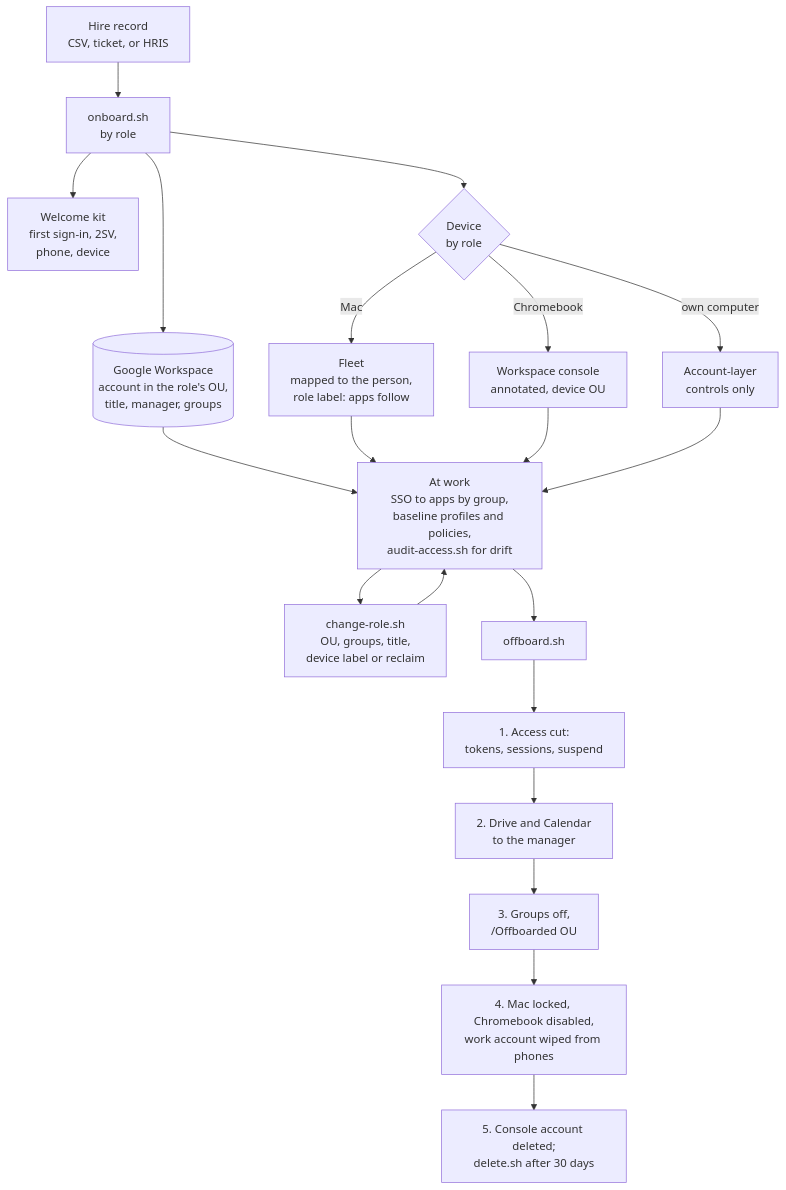
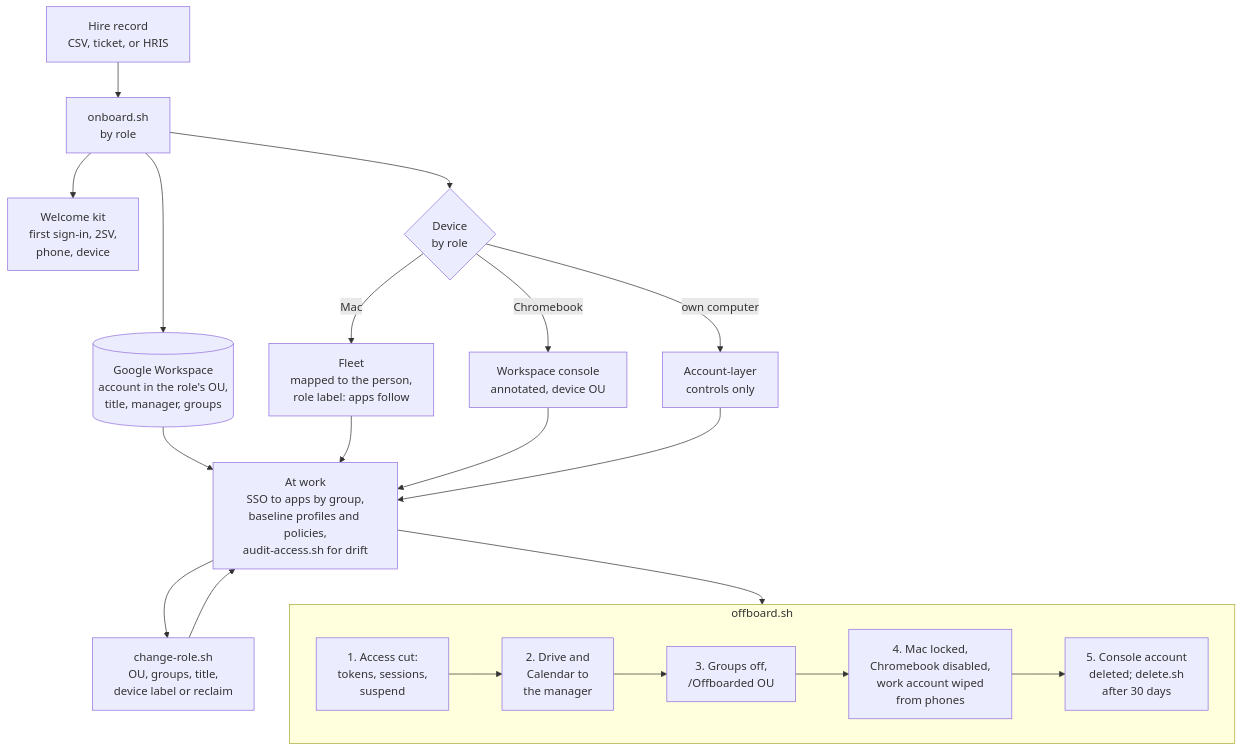
The diagram in README.md (tjcollins321/endpoint-identity-lab), drawn with Mermaid before and after one commit.

Commit message:
README: the offboarding steps in one row of the lifecycle diagram

````diff
--- a/README.md
+++ b/README.md
@@ -25,22 +25,24 @@
 ```mermaid
 flowchart TB
   HR["Hire record<br/>CSV, ticket, or HRIS"] --> ON["onboard.sh<br/>by role"]
   ON --> WS[("Google Workspace<br/>account in the role's OU,<br/>title, manager, groups")]
   ON --> KIT["Welcome kit<br/>first sign-in, 2SV,<br/>phone, device"]
   ON --> DEV{"Device<br/>by role"}
   DEV -->|Mac| FL["Fleet<br/>mapped to the person,<br/>role label: apps follow"]
   DEV -->|Chromebook| CR["Workspace console<br/>annotated, device OU"]
   DEV -->|own computer| BYOD["Account-layer<br/>controls only"]
   WS --> WORK["At work<br/>SSO to apps by group,<br/>baseline profiles and policies,<br/>audit-access.sh for drift"]
   FL --> WORK
   CR --> WORK
   BYOD --> WORK
   WORK --> CH["change-role.sh<br/>OU, groups, title,<br/>device label or reclaim"]
   CH --> WORK
-  WORK --> OFF["offboard.sh"]
-  OFF --> O1["1. Access cut:<br/>tokens, sessions, suspend"]
-  O1 --> O2["2. Drive and Calendar<br/>to the manager"]
-  O2 --> O3["3. Groups off,<br/>/Offboarded OU"]
-  O3 --> O4["4. Mac locked, Chromebook disabled,<br/>work account wiped from phones"]
-  O4 --> O5["5. Console account deleted;<br/>delete.sh after 30 days"]
+  WORK --> LEAVE
+  subgraph LEAVE["offboard.sh"]
+    direction LR
+    O1["1. Access cut:<br/>tokens, sessions,<br/>suspend"] --> O2["2. Drive and<br/>Calendar to<br/>the manager"]
+    O2 --> O3["3. Groups off,<br/>/Offboarded OU"]
+    O3 --> O4["4. Mac locked,<br/>Chromebook disabled,<br/>work account wiped<br/>from phones"]
+    O4 --> O5["5. Console account<br/>deleted; delete.sh<br/>after 30 days"]
+  end
 ```
````
